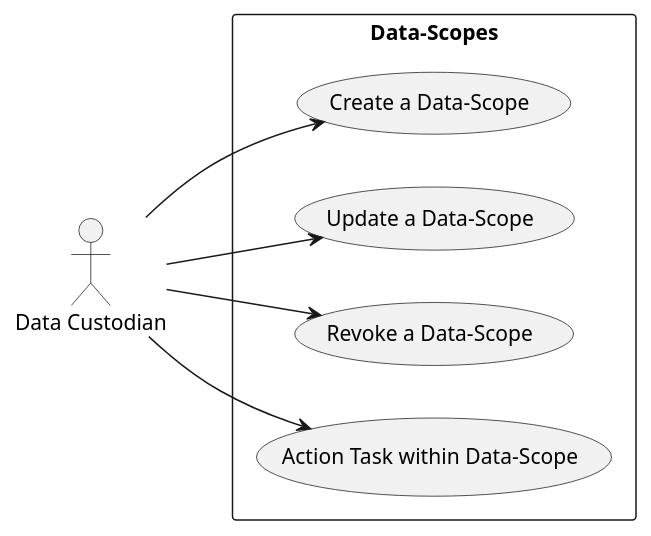
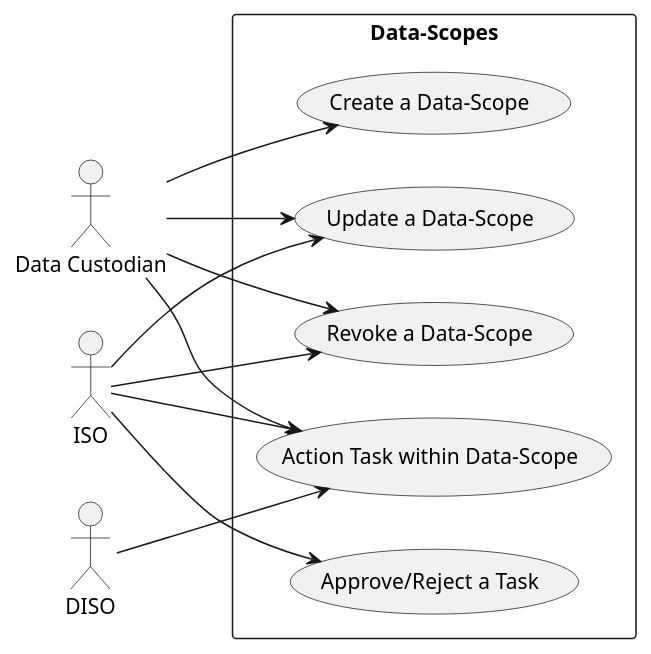
The diagram in Documentation/Diagrams/Data-Scope's.puml (COS301-SE-2023/InfoSafe), drawn with PlantUML before and after one commit.

Commit message:
Added ISO and DISO actors

```diff
--- a/Documentation/Diagrams/Data-Scope's.puml
+++ b/Documentation/Diagrams/Data-Scope's.puml
@@ -1,14 +1,22 @@
 @startuml
 left to right direction
-actor "Data Custodian" as fc
+actor "Data Custodian" as ds
+actor "ISO" as iso
+actor "DISO" as diso
 rectangle Data-Scopes {
   usecase "Create a Data-Scope" as UC1
   usecase "Update a Data-Scope" as UC2
   usecase "Revoke a Data-Scope" as UC3
   usecase "Action Task within Data-Scope" as UC4
+  usecase "Approve/Reject a Task" as UC5
 }
-fc --> UC1
-fc --> UC2
-fc --> UC3
-fc --> UC4
+ds --> UC1
+ds --> UC2
+ds --> UC3
+ds --> UC4
+iso --> UC2
+iso --> UC3
+iso --> UC4
+iso --> UC5
+diso --> UC4
 @enduml
```
